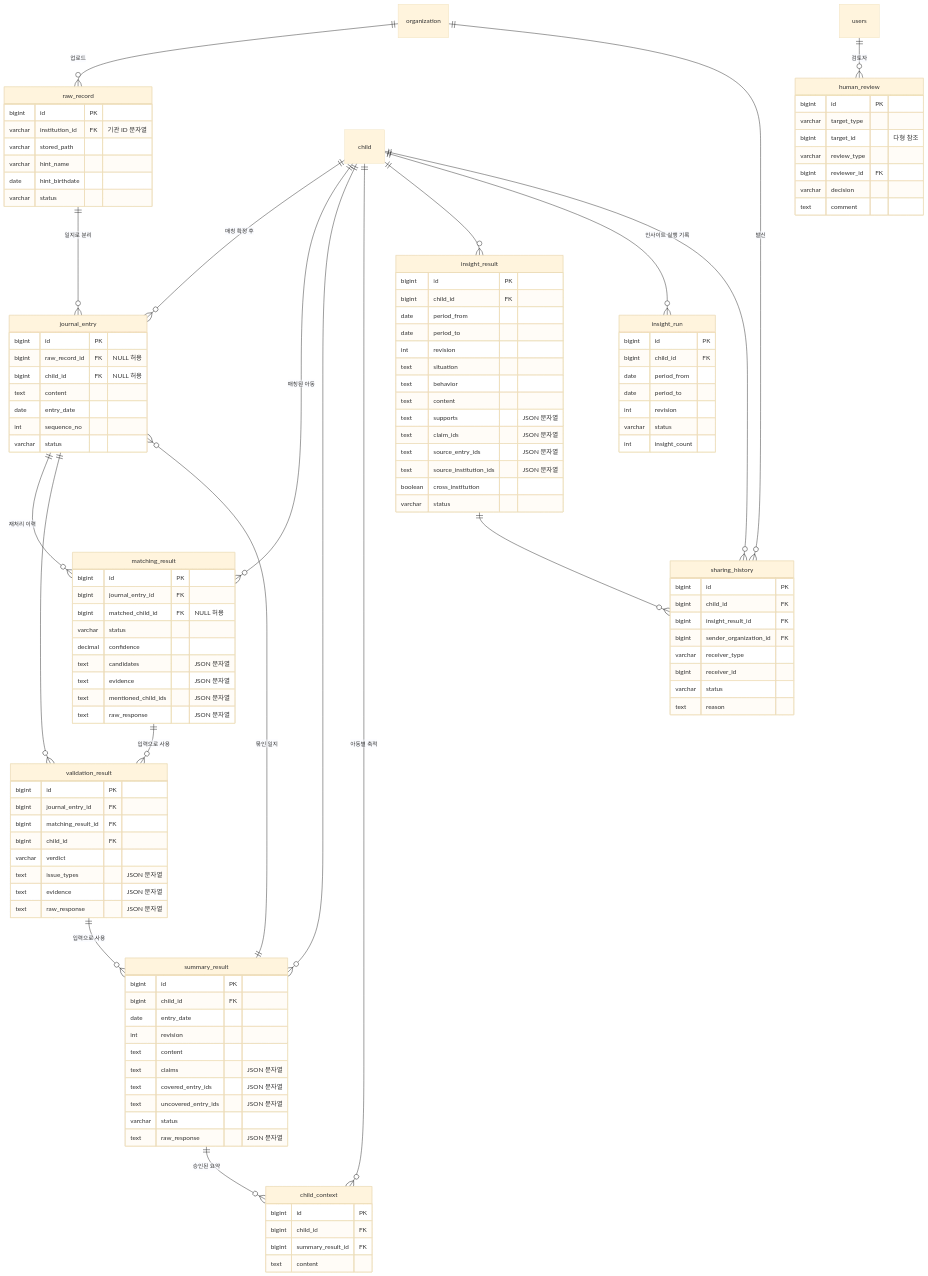
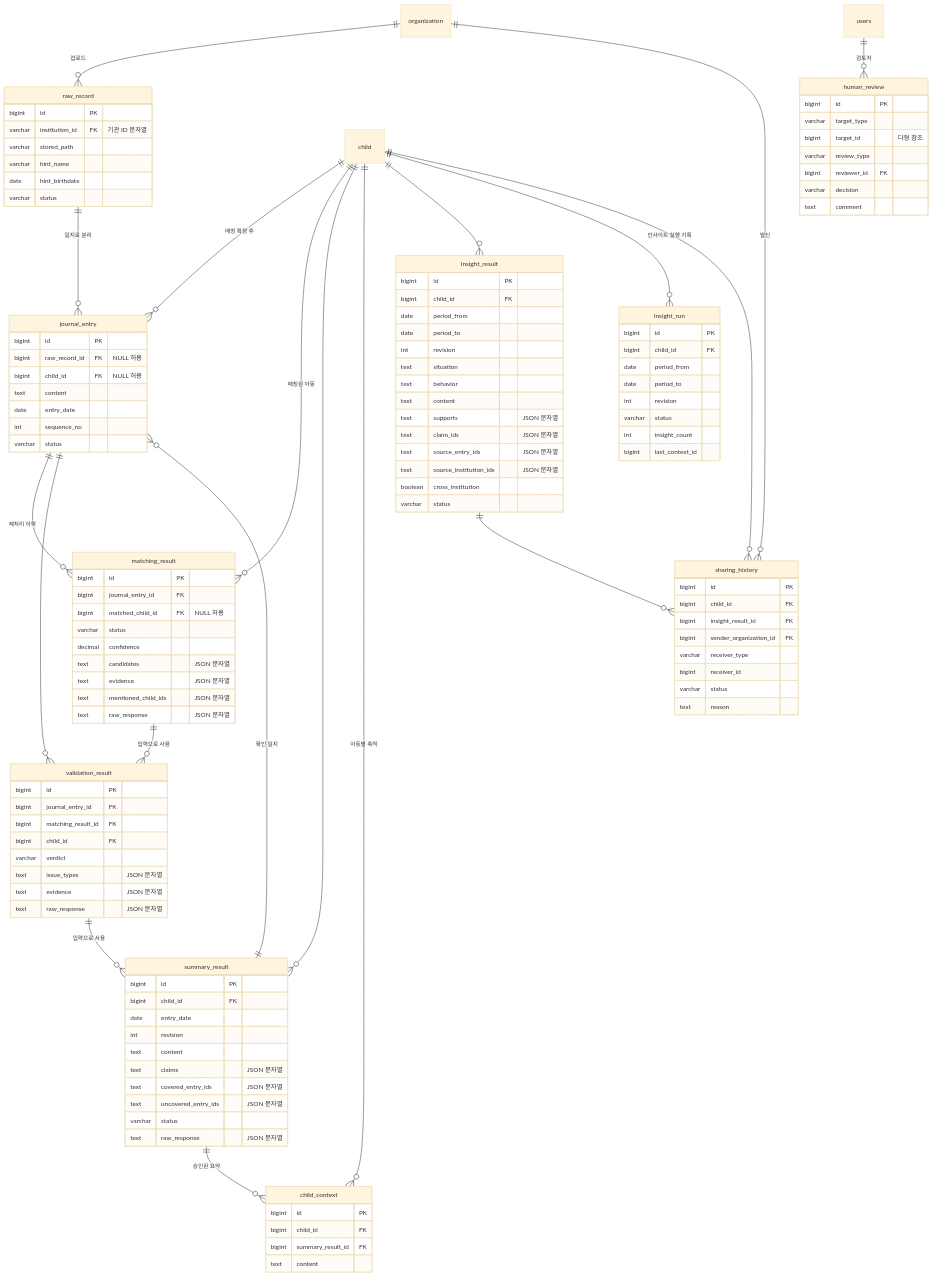
The second of 2 diagrams in docs/db/schema.md (kakaotechcampus-4/ktc4-kyungpook-2), drawn with Mermaid (base theme) before and after one commit. The commit also changed other lines of this file, not shown here.

Commit message:
docs: insight_run 에 last_context_id 추가, 인사이트 구현 상태 정정

```diff
--- a/docs/db/schema.md
+++ b/docs/db/schema.md
@@ -245,6 +245,7 @@
         int revision
         varchar status
         int insight_count
+        bigint last_context_id
     }
     insight_result {
         bigint id PK
```
